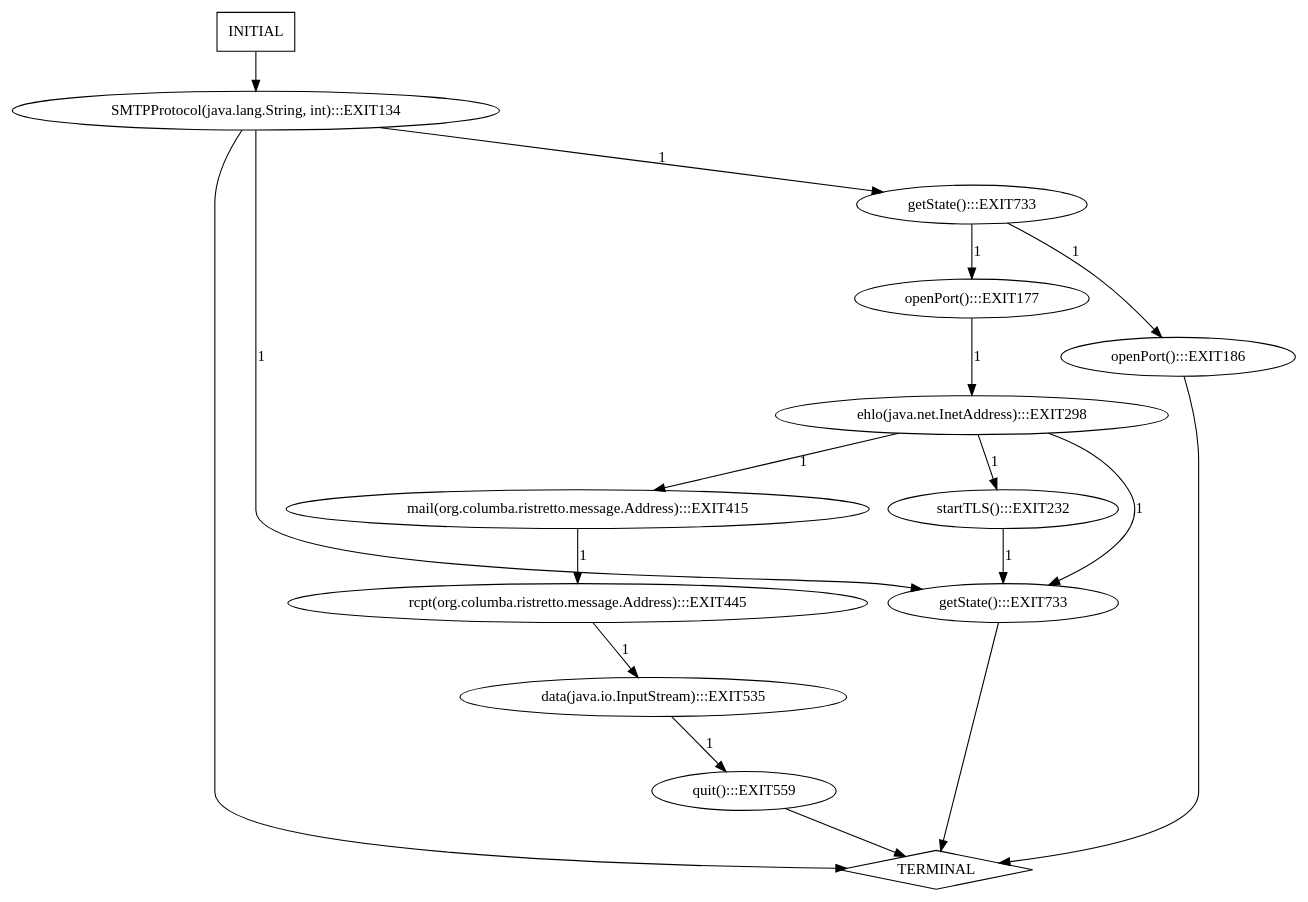
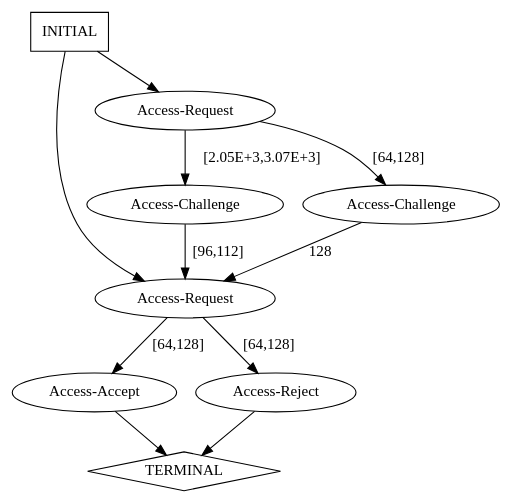
One commit to annadeng/Universal-Model-Inference changed the diagram in bestchai-perfume-frontend-85f927d03b0c/tmp/perfumetest.dot. Above: the diagram before and after it, drawn with Graphviz. The commit also changed 9 other files, not shown here.

```diff
--- a/bestchai-perfume-frontend-85f927d03b0c/tmp/perfumetest.dot
+++ b/bestchai-perfume-frontend-85f927d03b0c/tmp/perfumetest.dot
@@ -1,32 +1,20 @@
 digraph G {
-  0 [label="SMTPProtocol(java.lang.String, int):::EXIT134"];
-  1 [label="data(java.io.InputStream):::EXIT535"];
-  2 [label="ehlo(java.net.InetAddress):::EXIT298"];
-  3 [label="getState():::EXIT733"];
-  4 [label="getState():::EXIT733"];
-  5 [label="mail(org.columba.ristretto.message.Address):::EXIT415"];
-  6 [label="openPort():::EXIT177"];
-  7 [label="openPort():::EXIT186"];
-  8 [label="quit():::EXIT559"];
-  9 [label="rcpt(org.columba.ristretto.message.Address):::EXIT445"];
-  10 [label="startTLS():::EXIT232"];
-  11 [label="TERMINAL",shape=diamond];
-  12 [label="INITIAL",shape=box];
-0->3 [label="1"];
-0->4 [label="1"];
-0->11 [label=""];
-1->8 [label="1"];
-2->3 [label="1"];
-2->5 [label="1"];
-2->10 [label="1"];
-3->11 [label=""];
-4->6 [label="1"];
-4->7 [label="1"];
-5->9 [label="1"];
-6->2 [label="1"];
-7->11 [label=""];
-8->11 [label=""];
-9->1 [label="1"];
-10->3 [label="1"];
-12->0 [label=""];
+  0 [label="Access-Accept"];
+  1 [label="Access-Challenge"];
+  2 [label="Access-Challenge"];
+  3 [label="Access-Reject"];
+  4 [label="Access-Request"];
+  5 [label="Access-Request"];
+  6 [label="TERMINAL",shape=diamond];
+  7 [label="INITIAL",shape=box];
+0->6 [label=""];
+1->4 [label="[96,112]"];
+2->4 [label="128"];
+3->6 [label=""];
+4->0 [label="[64,128]"];
+4->3 [label="[64,128]"];
+5->2 [label="[64,128]"];
+5->1 [label="[2.05E+3,3.07E+3]"];
+7->5 [label=""];
+7->4 [label=""];
 }
```
